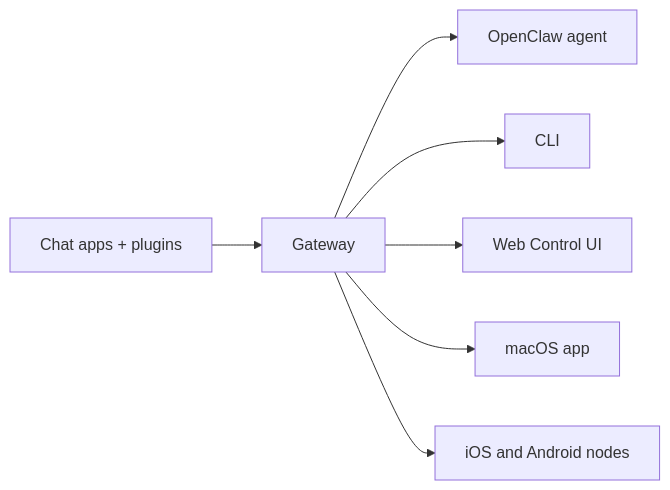
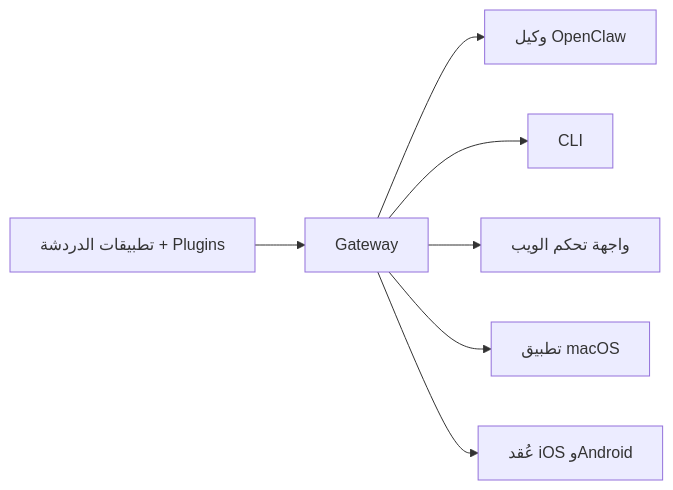
Before and after one commit to openclaw/docs: the diagram in docs/ar/index.md, drawn with Mermaid. The commit also changed other lines of this file and 6121 other files, not shown here.

````diff
--- a/docs/ar/index.md
+++ b/docs/ar/index.md
@@ -113,9 +114,9 @@
 ```mermaid
 flowchart LR
-  A["Chat apps + plugins"] --> B["Gateway"]
-  B --> C["OpenClaw agent"]
+  A["تطبيقات الدردشة + Plugins"] --> B["Gateway"]
+  B --> C["وكيل OpenClaw"]
   B --> D["CLI"]
-  B --> E["Web Control UI"]
-  B --> F["macOS app"]
-  B --> G["iOS and Android nodes"]
+  B --> E["واجهة تحكم الويب"]
+  B --> F["تطبيق macOS"]
+  B --> G["عُقد iOS وAndroid"]
 ```
````
